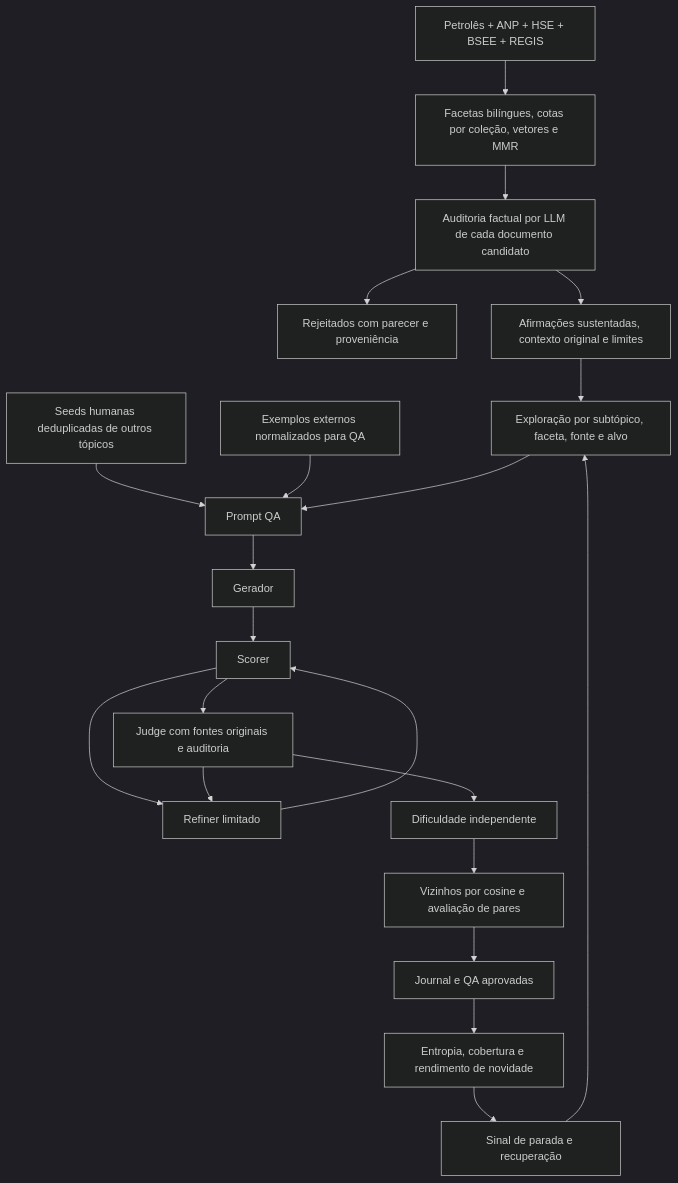
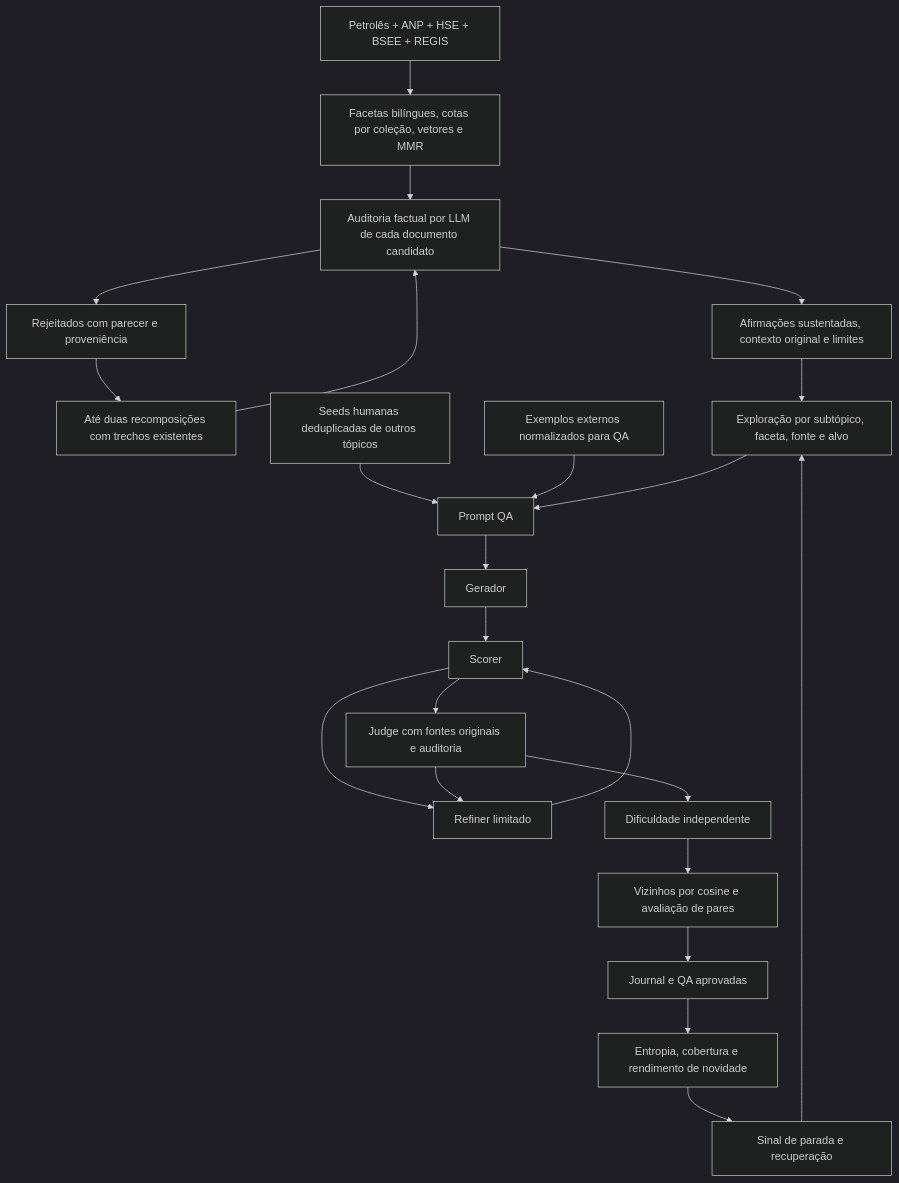
The diagram in pipeline/fase_4/README.md (RodrigoFlexa/MCQ_CONTEXT_GEN), drawn with Mermaid (dark theme) before and after one commit. The commit also changed other lines of this file and 21 other files, not shown here.

````diff
--- a/pipeline/fase_4/README.md
+++ b/pipeline/fase_4/README.md
@@ -9,23 +11,25 @@
 ```mermaid
 flowchart TD
     C[Petrolês + ANP + HSE + BSEE + REGIS] --> F[Facetas bilíngues, cotas por coleção, vetores e MMR]
     F --> A[Auditoria factual por LLM de cada documento candidato]
     A --> B[Rejeitados com parecer e proveniência]
+    B --> RC[Até duas recomposições com trechos existentes]
+    RC --> A
     A --> D[Afirmações sustentadas, contexto original e limites]
     D --> E[Exploração por subtópico, faceta, fonte e alvo]
     H[Seeds humanas deduplicadas de outros tópicos] --> P[Prompt QA]
     X[Exemplos externos normalizados para QA] --> P
     E --> P
     P --> G[Gerador]
     G --> S[Scorer]
     S --> R[Refiner limitado]
     R --> S
     S --> J[Judge com fontes originais e auditoria]
     J --> R
     J --> Q[Dificuldade independente]
     Q --> N[Vizinhos por cosine e avaliação de pares]
     N --> O[Journal e QA aprovadas]
     O --> M[Entropia, cobertura e rendimento de novidade]
     M --> T[Sinal de parada e recuperação]
     T --> E
 ```
````
